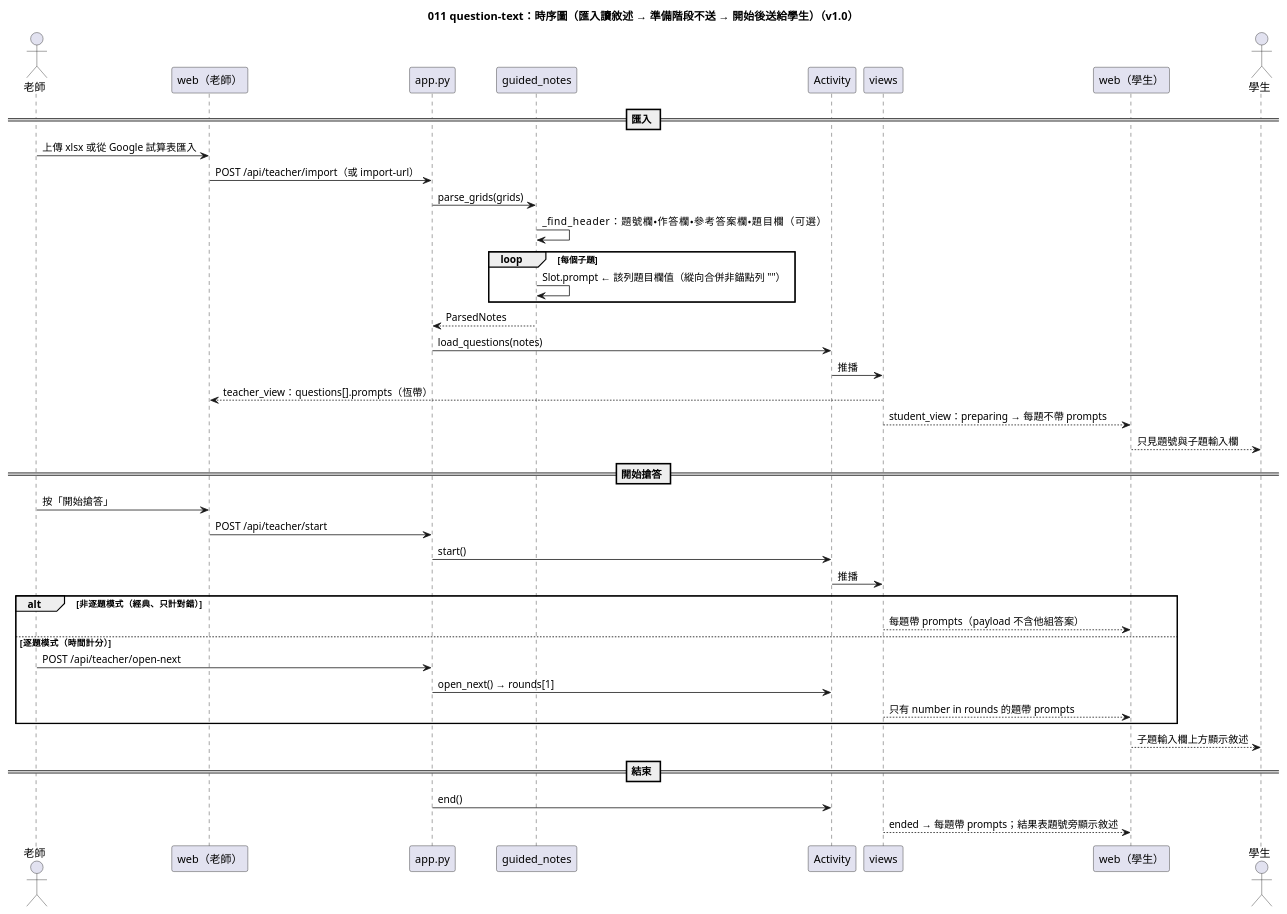
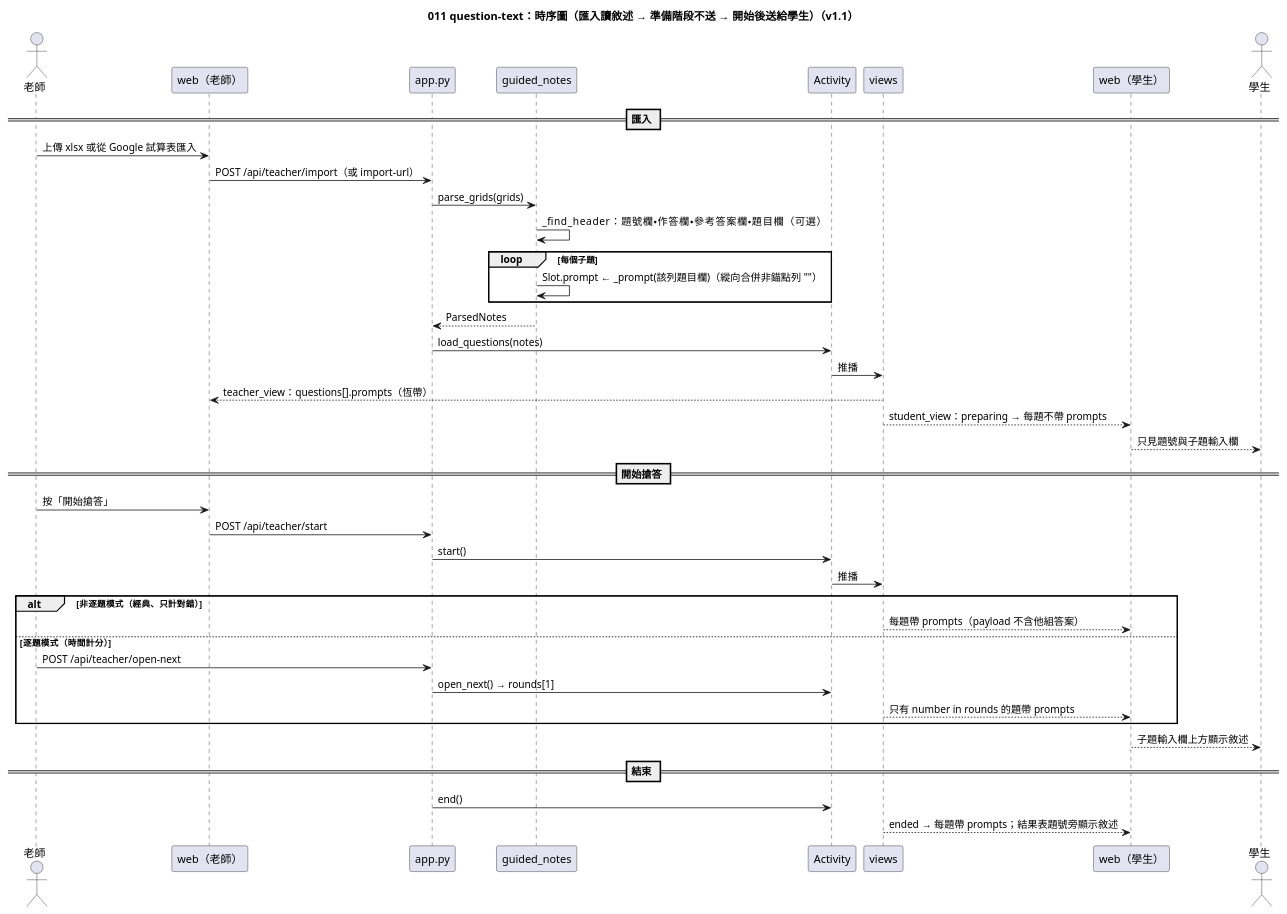
The diagram in diagrams/011-question-text-sequence.puml (yue083139/software_fin-speckit), drawn with PlantUML before and after one commit. The commit also changed 30 other files, not shown here.

First line of the commit message:
feat(server,web): [CORE] 011-question-text v1.1——匯入題目敘述，搶答開始後顯示給學生

```diff
--- a/diagrams/011-question-text-sequence.puml
+++ b/diagrams/011-question-text-sequence.puml
@@ -1,45 +1,45 @@
 @startuml 011-question-text-sequence
-title 011 question-text：時序圖（匯入讀敘述 → 準備階段不送 → 開始後送給學生）（v1.0）
+title 011 question-text：時序圖（匯入讀敘述 → 準備階段不送 → 開始後送給學生）（v1.1）
 
 actor "老師" as T
 participant "web（老師）" as WT
 participant "app.py" as App
 participant "guided_notes" as GN
 participant "Activity" as Act
 participant "views" as V
 participant "web（學生）" as WS
 actor "學生" as S
 
 == 匯入 ==
 T -> WT : 上傳 xlsx 或從 Google 試算表匯入
 WT -> App : POST /api/teacher/import（或 import-url）
 App -> GN : parse_grids(grids)
 GN -> GN : _find_header：題號欄・作答欄・參考答案欄・題目欄（可選）
 loop 每個子題
-  GN -> GN : Slot.prompt ← 該列題目欄值（縱向合併非錨點列 ""）
+  GN -> GN : Slot.prompt ← _prompt(該列題目欄)（縱向合併非錨點列 ""）
 end
 GN --> App : ParsedNotes
 App -> Act : load_questions(notes)
 Act -> V : 推播
 V --> WT : teacher_view：questions[].prompts（恆帶）
 V --> WS : student_view：preparing → 每題不帶 prompts
 WS --> S : 只見題號與子題輸入欄
 
 == 開始搶答 ==
 T -> WT : 按「開始搶答」
 WT -> App : POST /api/teacher/start
 App -> Act : start()
 Act -> V : 推播
 alt 非逐題模式（經典、只計對錯）
   V --> WS : 每題帶 prompts（payload 不含他組答案）
 else 逐題模式（時間計分）
   T -> App : POST /api/teacher/open-next
   App -> Act : open_next() → rounds[1]
   V --> WS : 只有 number in rounds 的題帶 prompts
 end
 WS --> S : 子題輸入欄上方顯示敘述
 
 == 結束 ==
 App -> Act : end()
 V --> WS : ended → 每題帶 prompts；結果表題號旁顯示敘述
 @enduml
```
